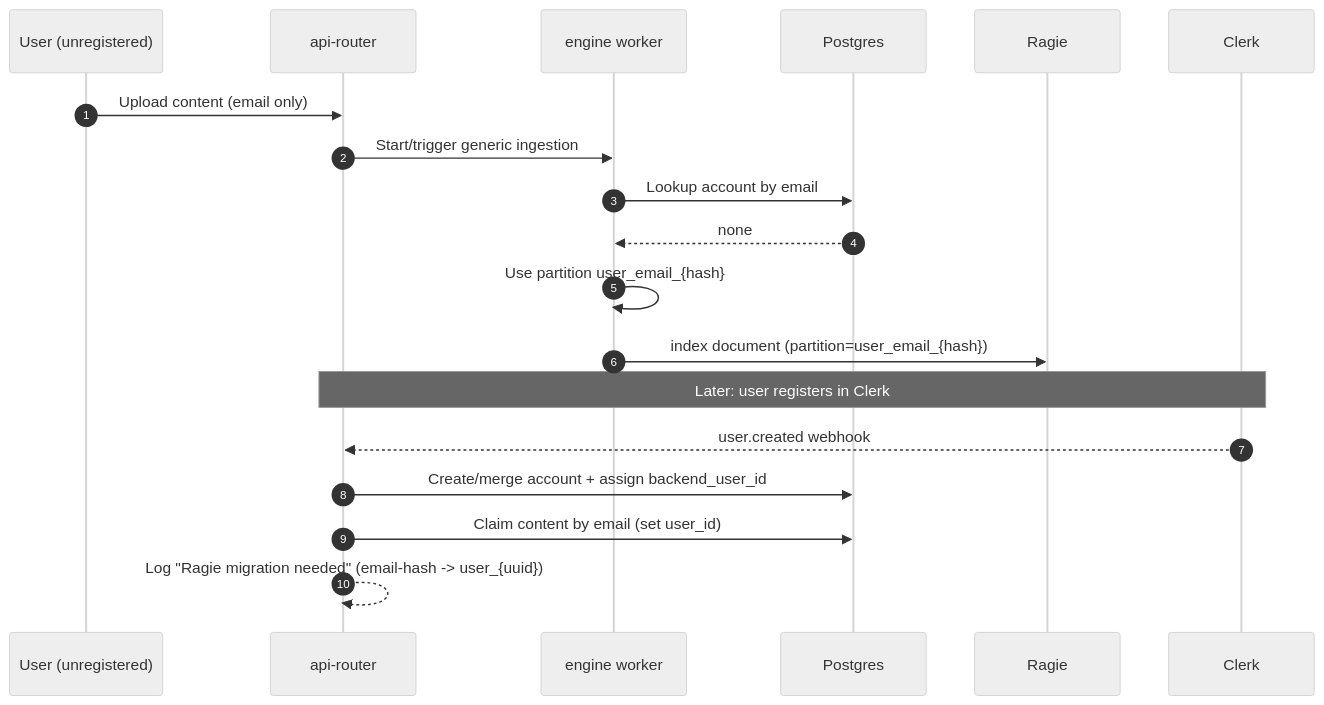
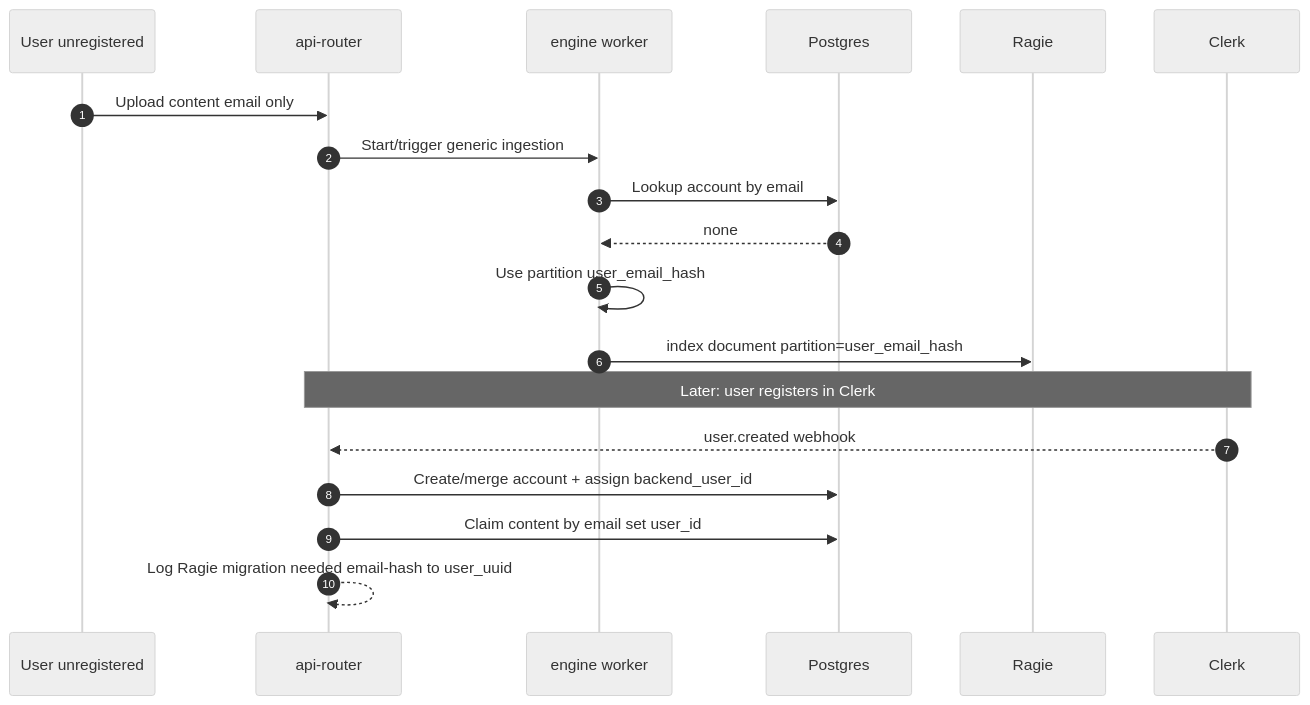
One commit to DormWay/mintlify-docs changed diagram 22 of 23 in docs/engineering/architecture/how-dormway-works.mdx. Above: the diagram before and after it, drawn with Mermaid (neutral theme). The commit also changed other lines of this file, not shown here.

First line of the commit message:
fix: sanitize all 23 mermaid diagrams for Mermaid 11.x

````diff
--- a/docs/engineering/architecture/how-dormway-works.mdx
+++ b/docs/engineering/architecture/how-dormway-works.mdx
@@ -1324,23 +1324,23 @@
 ```mermaid
 sequenceDiagram
   autonumber
-  participant U as User (unregistered)
+  participant U as User unregistered
   participant API as api-router
   participant Engine as engine worker
   participant DB as Postgres
   participant Ragie as Ragie
   participant Clerk as Clerk
 
-  U->>API: Upload content (email only)
+  U->>API: Upload content email only
   API->>Engine: Start/trigger generic ingestion
   Engine->>DB: Lookup account by email
   DB-->>Engine: none
-  Engine->>Engine: Use partition user_email_{hash}
-  Engine->>Ragie: index document (partition=user_email_{hash})
+  Engine->>Engine: Use partition user_email_hash
+  Engine->>Ragie: index document partition=user_email_hash
 
   Note over Clerk,API: Later: user registers in Clerk
   Clerk-->>API: user.created webhook
   API->>DB: Create/merge account + assign backend_user_id
-  API->>DB: Claim content by email (set user_id)
-  API-->>API: Log "Ragie migration needed" (email-hash -> user_{uuid})
+  API->>DB: Claim content by email set user_id
+  API-->>API: Log Ragie migration needed email-hash to user_uuid
 ```
````
